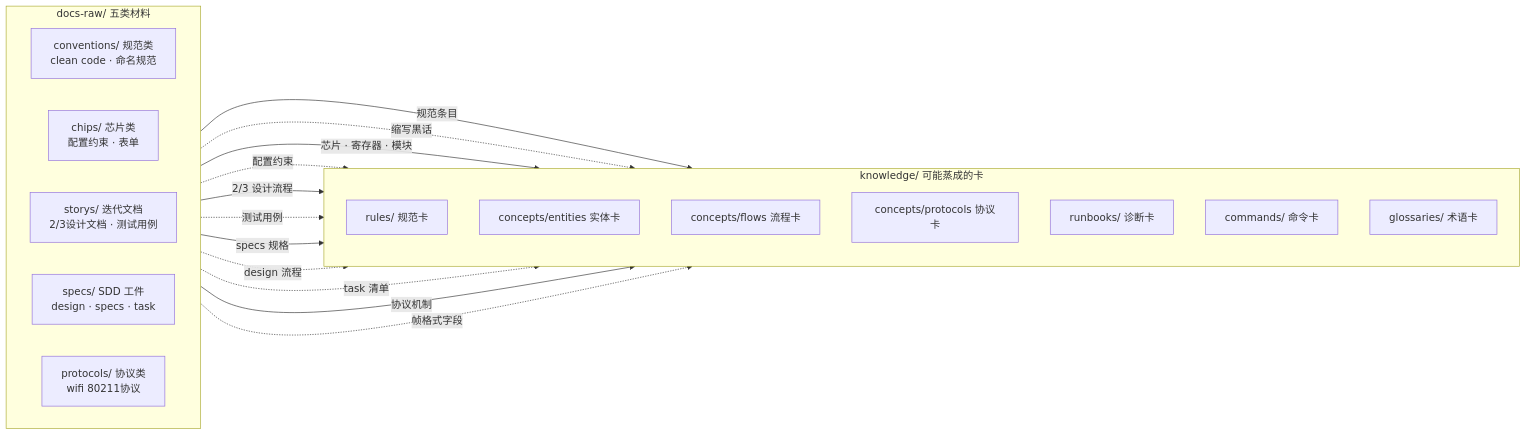
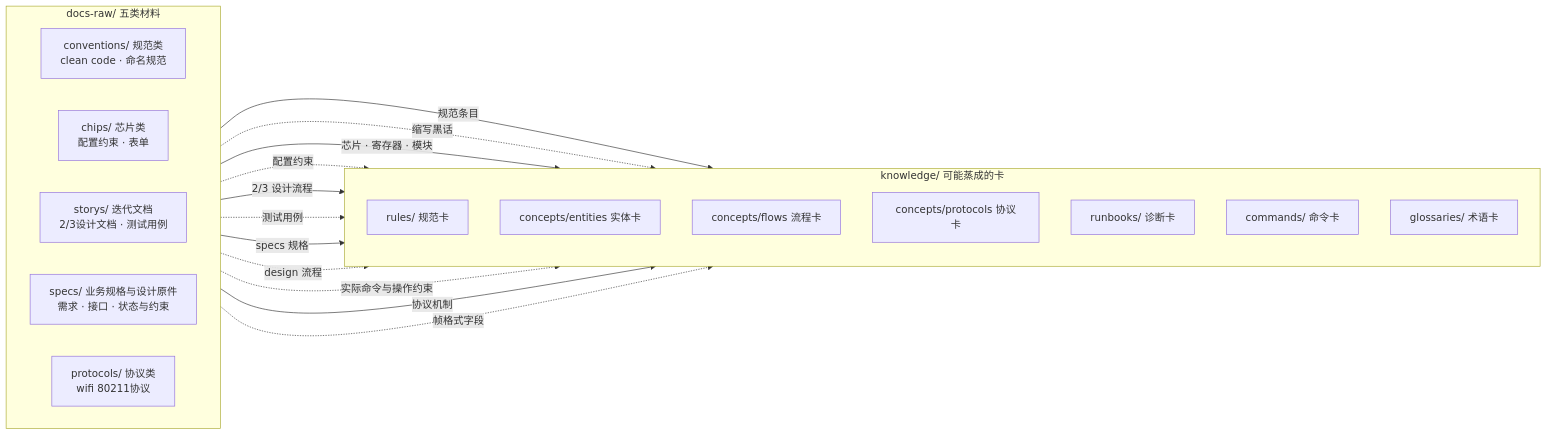
Before and after one commit to Robin-hhc/FactumCore: the fourth of 7 diagrams in himate-knowledge-wifi-mp/docs-llm-wiki/HiMate知识库架构设计.md, drawn with Mermaid. The commit also changed other lines of this file and 183 other files, not shown here.

````diff
--- a/himate-knowledge-wifi-mp/docs-llm-wiki/HiMate知识库架构设计.md
+++ b/himate-knowledge-wifi-mp/docs-llm-wiki/HiMate知识库架构设计.md
@@ -328,34 +331,34 @@
 ```mermaid
 flowchart LR
     subgraph M["docs-raw/ 五类材料"]
         direction LR
         A1["conventions/ 规范类<br />clean code · 命名规范"]
         A2["chips/ 芯片类<br />配置约束 · 表单"]
         A3["storys/ 迭代文档<br />2/3设计文档 · 测试用例"]
-        A4["specs/ SDD 工件<br />design · specs · task"]
+        A4["specs/ 业务规格与设计原件<br />需求 · 接口 · 状态与约束"]
         A5["protocols/ 协议类<br />wifi 80211协议"]
     end
 
     subgraph K["knowledge/ 可能蒸成的卡"]
         direction TB
         K1["rules/ 规范卡"]
         K2["concepts/entities 实体卡"]
         K3["concepts/flows 流程卡"]
         K4["concepts/protocols 协议卡"]
         K5["runbooks/ 诊断卡"]
         K6["commands/ 命令卡"]
         K7["glossaries/ 术语卡"]
     end
 
     A1 -->|"规范条目"| K1
     A1 -.->|"缩写黑话"| K7
     A2 -->|"芯片 · 寄存器 · 模块"| K2
     A2 -.->|"配置约束"| K1
     A3 -->|"2/3 设计流程"| K3
     A3 -.->|"测试用例"| K5
     A4 -->|"specs 规格"| K1
     A4 -.->|"design 流程"| K3
-    A4 -.->|"task 清单"| K6
+    A4 -.->|"实际命令与操作约束"| K6
     A5 -->|"协议机制"| K4
     A5 -.->|"帧格式字段"| K2
 ```
````
